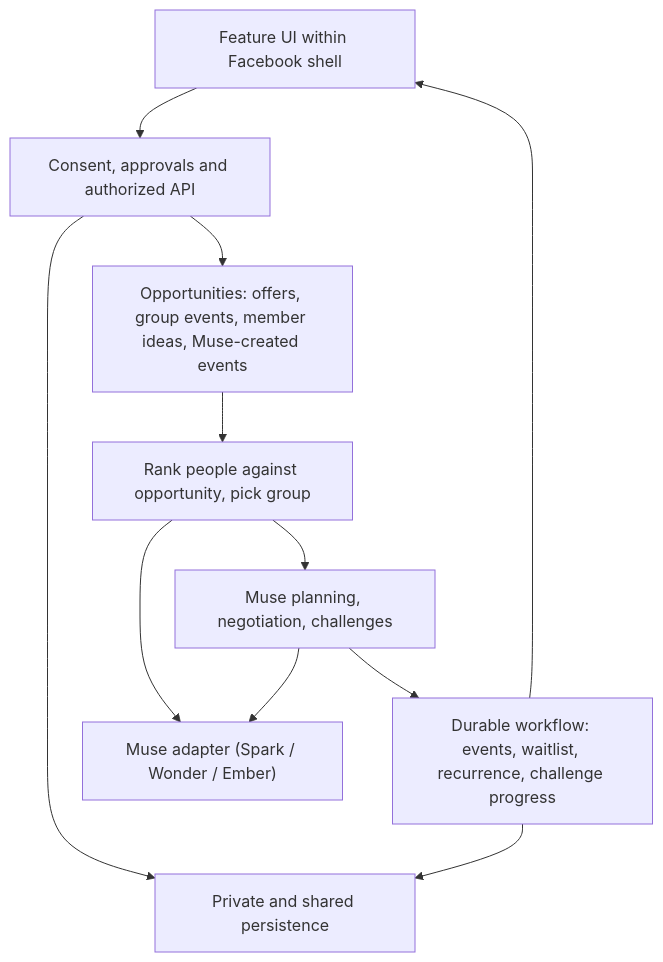
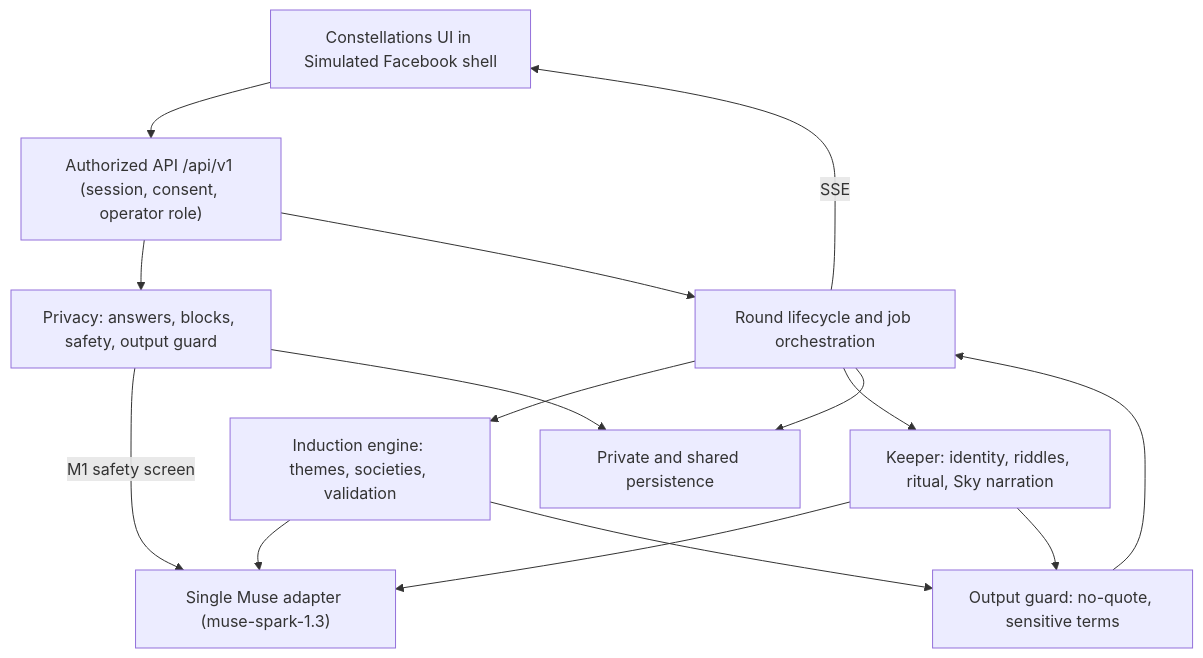
The diagram in README.md (Meta-Hackathon-SF/Meta-Hackathon), drawn with Mermaid before and after one commit. The commit also changed other lines of this file and 30 other files, not shown here.

````diff
--- a/README.md
+++ b/README.md
@@ -92,13 +109,17 @@
 ```mermaid
 flowchart TD
-    UI["Feature UI within Facebook shell"] --> AUTH["Consent, approvals and authorized API"]
-    AUTH --> OPP["Opportunities: offers, group events, member ideas, Muse-created events"]
-    OPP --> MATCH["Rank people against opportunity, pick group"]
-    MATCH --> PLAN["Muse planning, negotiation, challenges"]
-    PLAN --> FLOW["Durable workflow: events, waitlist, recurrence, challenge progress"]
-    FLOW --> UI
-    MATCH --> MUSE["Muse adapter (Spark / Wonder / Ember)"]
-    PLAN --> MUSE
-    AUTH --> DB["Private and shared persistence"]
-    FLOW --> DB
+    UI["Constellations UI in Simulated Facebook shell"] --> API["Authorized API /api/v1 (session, consent, operator role)"]
+    API --> PRIV["Privacy: answers, blocks, safety, output guard"]
+    API --> ROUND["Round lifecycle and job orchestration"]
+    ROUND --> IND["Induction engine: themes, societies, validation"]
+    ROUND --> KEEP["Keeper: identity, riddles, ritual, Sky narration"]
+    IND --> MUSE["Single Muse adapter (muse-spark-1.3)"]
+    KEEP --> MUSE
+    PRIV -->|"M1 safety screen"| MUSE
+    IND --> GUARD["Output guard: no-quote, sensitive terms"]
+    KEEP --> GUARD
+    GUARD --> ROUND
+    ROUND --> DB["Private and shared persistence"]
+    PRIV --> DB
+    ROUND -->|"SSE"| UI
 ```
````
